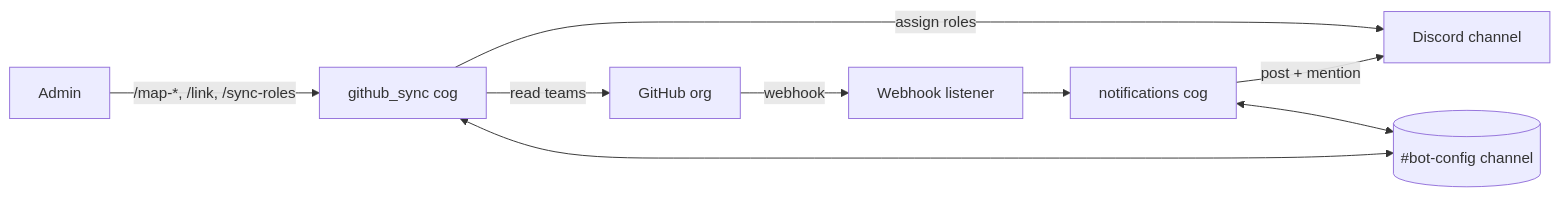
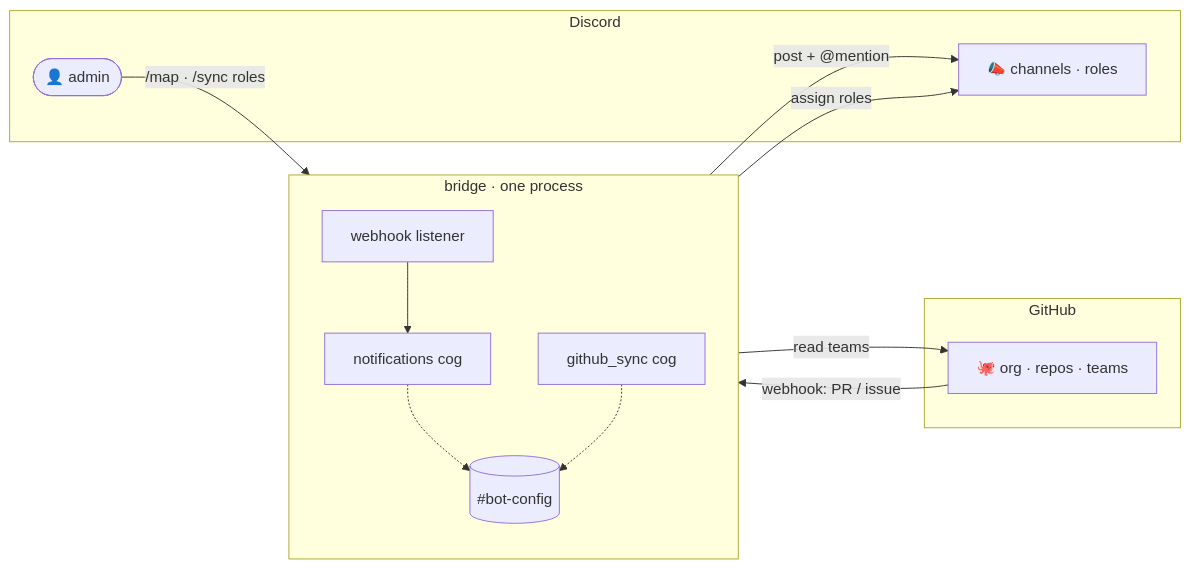
Before and after one commit to ranqialabs/workspace: the diagram in docs/index.md, drawn with Mermaid. The commit also changed other lines of this file and 4 other files, not shown here.

Commit message:
docs: update commands to /map and /sync groups, redraw flow diagram

````diff
--- a/docs/index.md
+++ b/docs/index.md
@@ -55,11 +55,28 @@
 ```mermaid
-graph LR
-  GH[GitHub org] -- webhook --> W[Webhook listener]
-  W --> N[notifications cog]
-  N -- post + mention --> DC[Discord channel]
-  A[Admin] -- "/map-*, /link, /sync-roles" --> S[github_sync cog]
-  S -- read teams --> GH
-  S -- assign roles --> DC
-  S <--> CFG[(#bot-config channel)]
-  N <--> CFG
+flowchart LR
+  subgraph gh [GitHub]
+    GH["🐙 org · repos · teams"]
+  end
+
+  subgraph bot [bridge · one process]
+    direction TB
+    W["webhook listener"]
+    N["notifications cog"]
+    S["github_sync cog"]
+    CFG[("#bot-config")]
+    W --> N
+    N -.-> CFG
+    S -.-> CFG
+  end
+
+  subgraph dc [Discord]
+    DC["📣 channels · roles"]
+    A(["👤 admin"])
+  end
+
+  GH -- "webhook: PR / issue" --> W
+  N -- "post + @mention" --> DC
+  A -- "/map · /sync roles" --> S
+  S -- "read teams" --> GH
+  S -- "assign roles" --> DC
 ```
````
